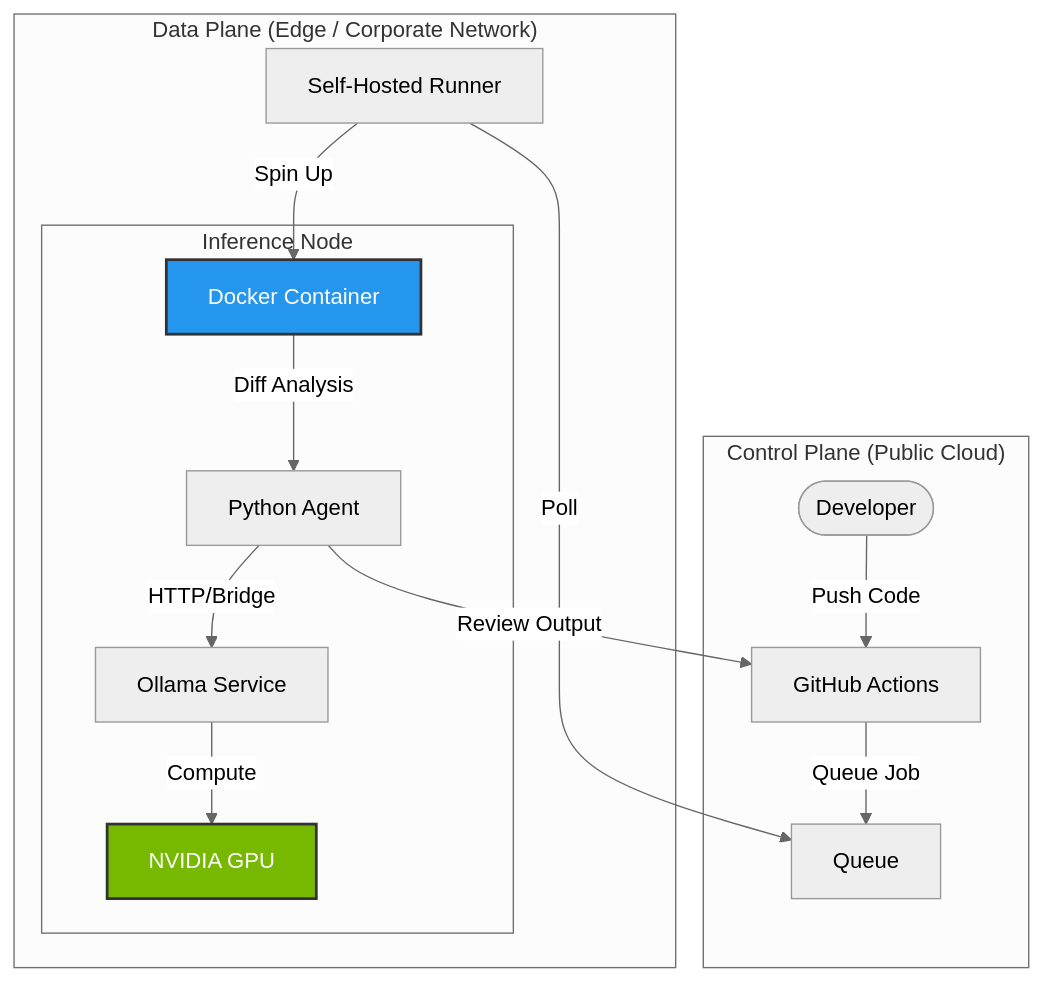
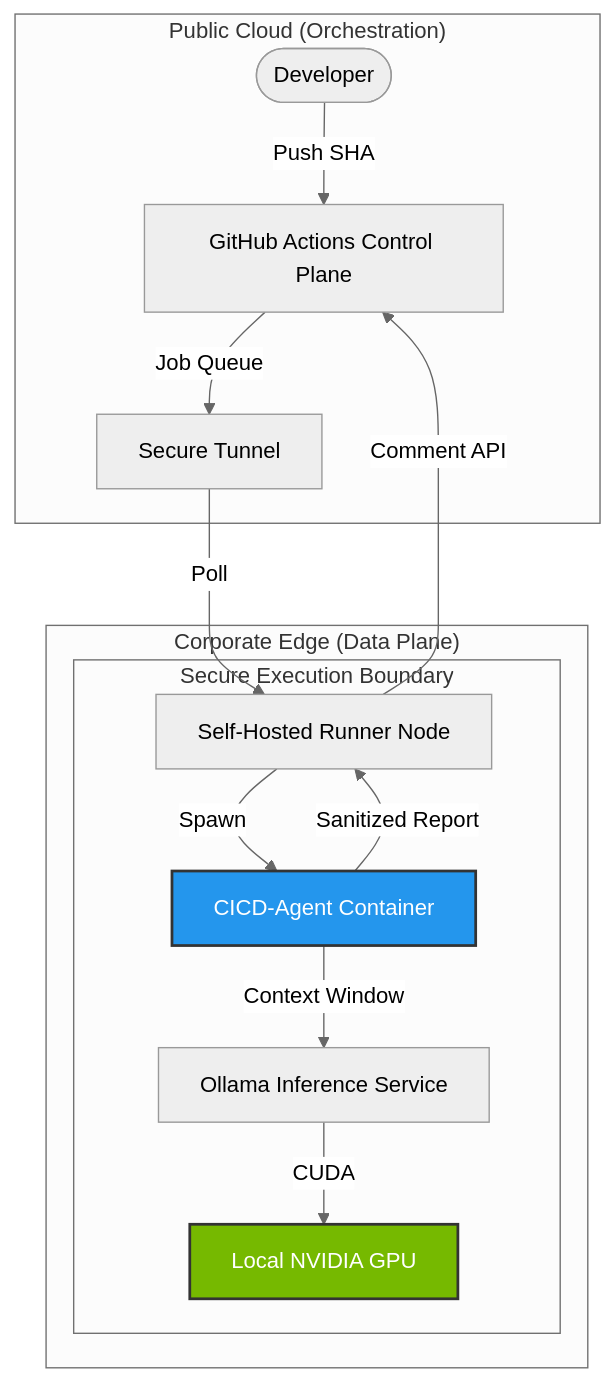
Before and after one commit to sikander098/ai-cicd-pipeline: the diagram in README.md, drawn with Mermaid (neutral theme). The commit also changed other lines of this file, not shown here.

Commit message:
Refactor: Elevate README to Enterprise Architecture standards

````diff
--- a/README.md
+++ b/README.md
@@ -33,23 +27,24 @@
 ```mermaid
 graph TD
-    subgraph "Control Plane (Public Cloud)"
-        User([Developer]) -->|Push Code| GH[GitHub Actions]
-        GH -->|Queue Job| Queue
+    subgraph "Public Cloud (Orchestration)"
+        Dev([Developer]) -->|Push SHA| GH[GitHub Actions Control Plane]
+        GH -->|Job Queue| Bridge[Secure Tunnel]
     end
 
-    subgraph "Data Plane (Edge / Corporate Network)"
-        Runner[Self-Hosted Runner] -->|Poll| Queue
-        Runner -->|Spin Up| Docker[Docker Container]
+    subgraph "Corporate Edge (Data Plane)"
+        Bridge -->|Poll| Runner[Self-Hosted Runner Node]
         
-        subgraph "Inference Node"
-            Docker -->|Diff Analysis| Agent[Python Agent]
-            Agent -->|HTTP/Bridge| Ollama[Ollama Service]
-            Ollama -->|Compute| GPU[NVIDIA GPU]
+        subgraph "Secure Execution Boundary"
+            Runner -->|Spawn| Agent[CICD-Agent Container]
+            Agent -->|Context Window| LocalLLM[Ollama Inference Service]
+            LocalLLM -->|CUDA| GPU[Local NVIDIA GPU]
         end
         
-        Agent -->|Review Output| GH
+        Agent -->|Sanitized Report| Runner
     end
     
+    Runner -->|Comment API| GH
+    
     style GPU fill:#76b900,stroke:#333,stroke-width:2px,color:white
-    style Docker fill:#2496ed,stroke:#333,stroke-width:2px,color:white
+    style Agent fill:#2496ed,stroke:#333,stroke-width:2px,color:white
 ```
````
